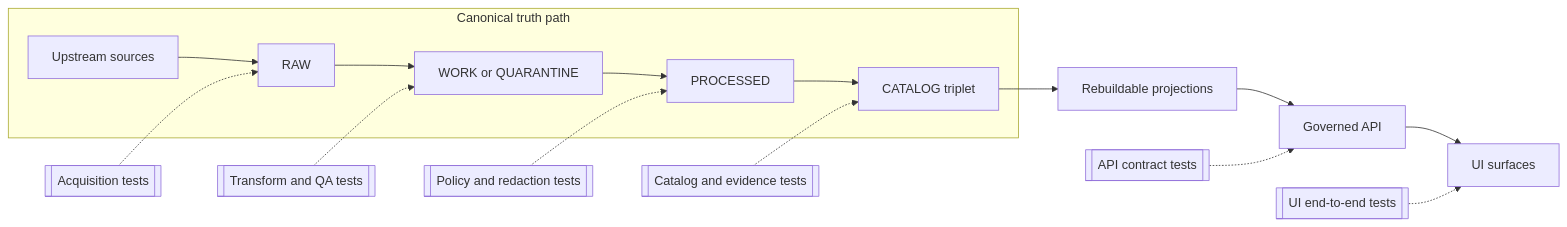
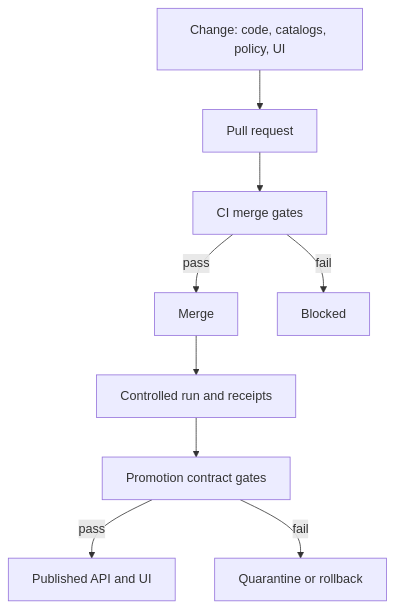
One commit to bartytime4life/Kansas-Frontier-Matrix changed the diagram in tests/README.md. Above: the diagram before and after it, drawn with Mermaid. The commit also changed other lines of this file, not shown here.

First line of the commit message:
Revise tests/README.md for better clarity and structure

````diff
--- a/tests/README.md
+++ b/tests/README.md
@@ -65,20 +305,11 @@
 ```mermaid
-flowchart LR
-  subgraph Canonical["Canonical truth path"]
-    A[Upstream sources] --> B[RAW]
-    B --> C[WORK or QUARANTINE]
-    C --> D[PROCESSED]
-    D --> E[CATALOG triplet]
-  end
-
-  E --> F[Rebuildable projections]
-  F --> G[Governed API]
-  G --> H[UI surfaces]
-
-  T1[[Acquisition tests]] -.-> B
-  T2[[Transform and QA tests]] -.-> C
-  T3[[Policy and redaction tests]] -.-> D
-  T4[[Catalog and evidence tests]] -.-> E
-  T5[[API contract tests]] -.-> G
-  T6[[UI end-to-end tests]] -.-> H
+flowchart TD
+  A[Change: code, catalogs, policy, UI] --> B[Pull request]
+  B --> C[CI merge gates]
+  C -->|pass| D[Merge]
+  C -->|fail| X[Blocked]
+  D --> E[Controlled run and receipts]
+  E --> F[Promotion contract gates]
+  F -->|pass| G[Published API and UI]
+  F -->|fail| Y[Quarantine or rollback]
 ```
````
